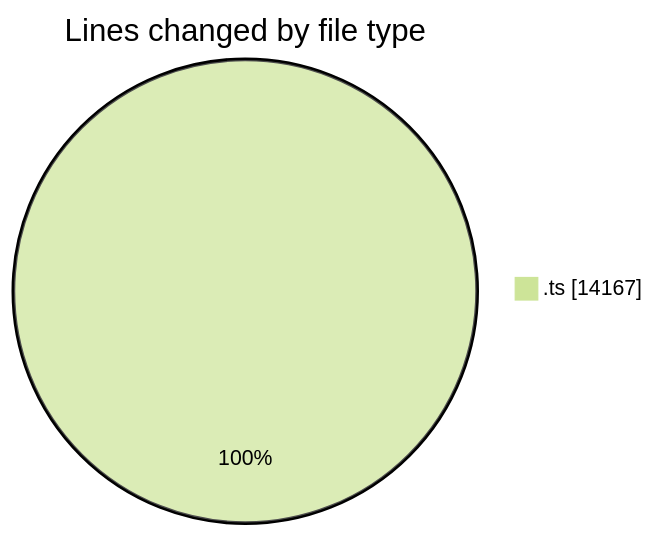
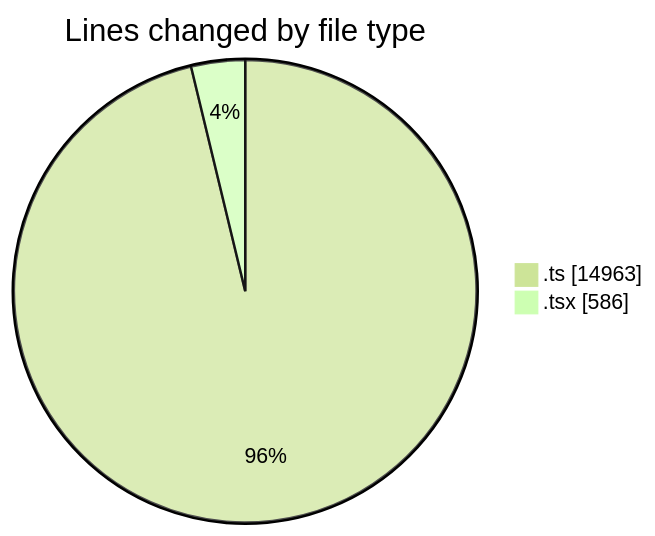
Before and after one commit to momahboobian/code-tracking: the first of 2 diagrams in 2025-08-22/cda/README.md, drawn with Mermaid (forest theme). The commit also changed other lines of this file and 1 other file, not shown here.

````diff
--- a/2025-08-22/cda/README.md
+++ b/2025-08-22/cda/README.md
@@ -23,5 +25,6 @@
 ```mermaid
 pie showData
 title Lines changed by file type
-".ts" : 14167
+".ts" : 14963
+".tsx" : 586
 ```
````
